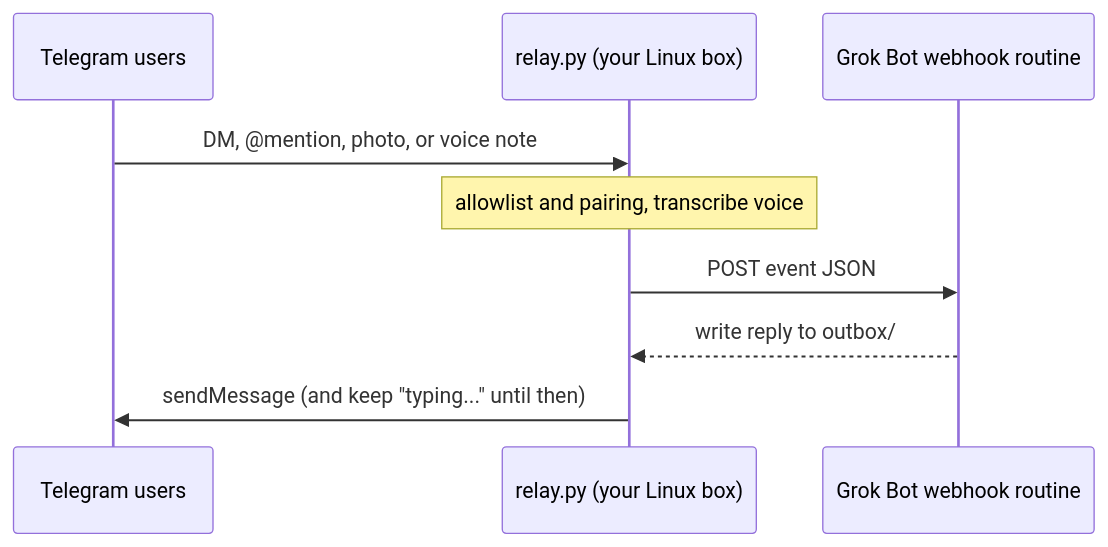
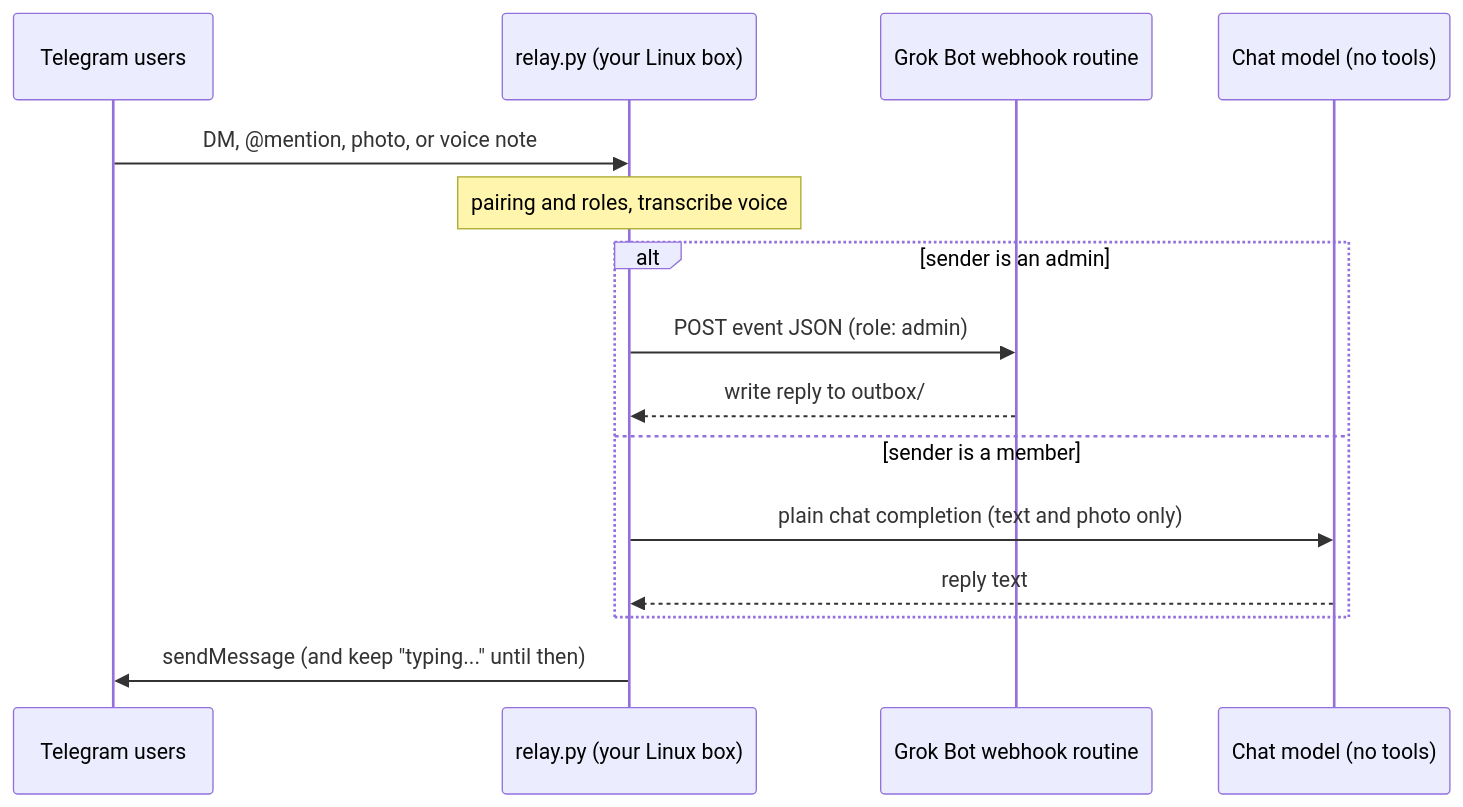
One commit to Ashe-Oro/grokbot-telegram-bridge changed the diagram in README.md. Above: the diagram before and after it, drawn with Mermaid. The commit also changed other lines of this file and 8 other files, not shown here.

Commit message:
Add admin/member roles with hard member sandbox

````diff
--- a/README.md
+++ b/README.md
@@ -19,11 +20,17 @@
 ```mermaid
 sequenceDiagram
     participant U as Telegram users
     participant R as relay.py (your Linux box)
     participant G as Grok Bot webhook routine
+    participant L as Chat model (no tools)
     U->>R: DM, @mention, photo, or voice note
-    Note over R: allowlist and pairing, transcribe voice
-    R->>G: POST event JSON
-    G-->>R: write reply to outbox/
+    Note over R: pairing and roles, transcribe voice
+    alt sender is an admin
+        R->>G: POST event JSON (role: admin)
+        G-->>R: write reply to outbox/
+    else sender is a member
+        R->>L: plain chat completion (text and photo only)
+        L-->>R: reply text
+    end
     R->>U: sendMessage (and keep "typing..." until then)
 ```
````
